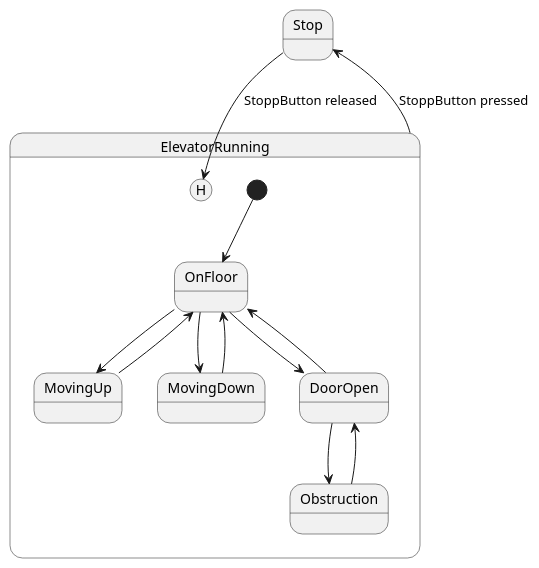
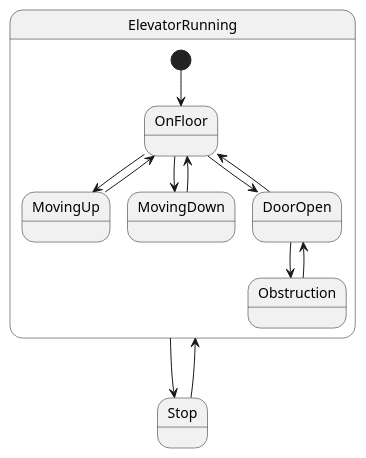
The diagram in Forbredelser/UML/stateDiagram.puml (oskarNtnu/TTK4235_Heislabb), drawn with PlantUML before and after one commit. The commit also changed 1 other file, not shown here.

Commit message:
fixed excel diagram

```diff
--- a/Forbredelser/UML/stateDiagram.puml
+++ b/Forbredelser/UML/stateDiagram.puml
@@ -1,22 +1,23 @@
 @startuml state diagram
-
-state Stop 
-ElevatorRunning --> Stop : StoppButton pressed
 
 state ElevatorRunning {
     [*] --> OnFloor
 
     OnFloor --> MovingUp 
     MovingUp --> OnFloor
     OnFloor --> MovingDown 
     MovingDown --> OnFloor
     OnFloor --> DoorOpen
     DoorOpen --> OnFloor
     Obstruction --> DoorOpen
     DoorOpen --> Obstruction
 
-    Stop --> [H] : StoppButton released
+    
 }
+
+state Stop 
+ElevatorRunning --> Stop
+Stop --> ElevatorRunning
 
 
 @enduml
```
